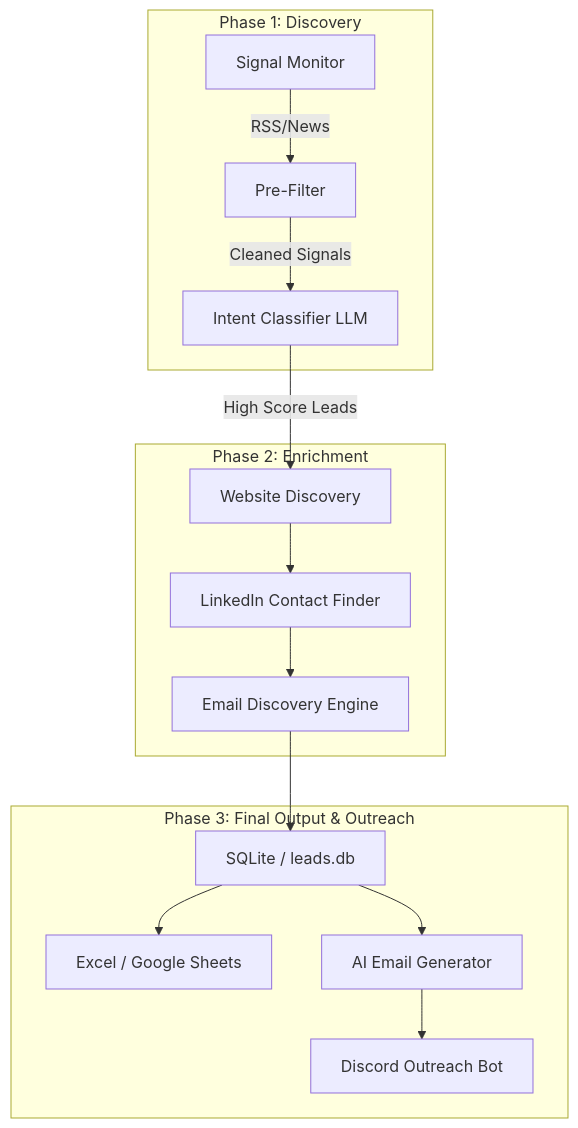
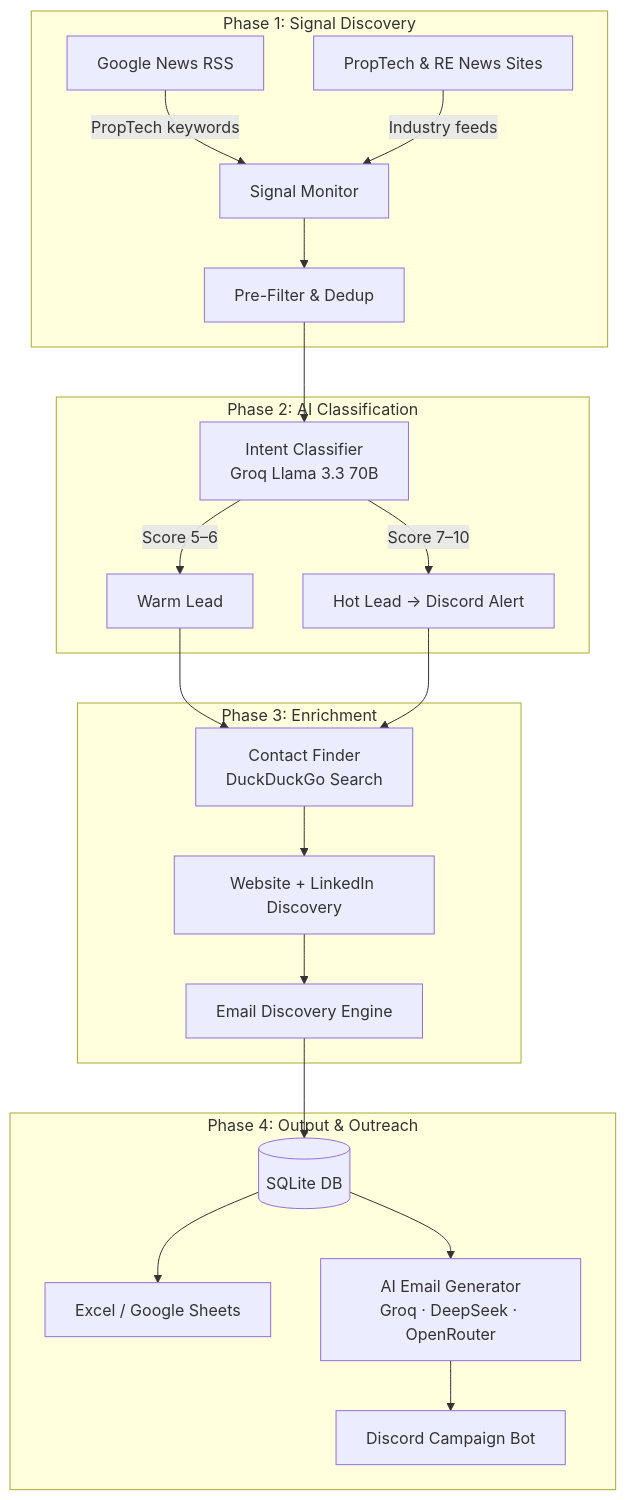
The diagram in README.md (SrijaVuppala295/AI_Lead_Agent), drawn with Mermaid before and after one commit. The commit also changed other lines of this file, not shown here.

````diff
--- a/README.md
+++ b/README.md
@@ -45,21 +36,28 @@
 ```mermaid
 graph TD
-    subgraph "Phase 1: Discovery"
-    A[Signal Monitor] -->|RSS/News| B[Pre-Filter]
-    B -->|Cleaned Signals| C[Intent Classifier LLM]
+    subgraph "Phase 1: Signal Discovery"
+        A[Google News RSS] -->|PropTech keywords| C[Signal Monitor]
+        B[PropTech & RE News Sites] -->|Industry feeds| C
+        C --> D[Pre-Filter & Dedup]
     end
 
-    subgraph "Phase 2: Enrichment"
-    C -->|High Score Leads| D[Website Discovery]
-    D --> E[LinkedIn Contact Finder]
-    E --> F[Email Discovery Engine]
+    subgraph "Phase 2: AI Classification"
+        D --> E[Intent Classifier\nGroq Llama 3.3 70B]
+        E -->|Score 5–6| F[Warm Lead]
+        E -->|Score 7–10| G[Hot Lead → Discord Alert]
     end
 
-    subgraph "Phase 3: Final Output & Outreach"
-    F --> G[SQLite / leads.db]
-    G --> H[Excel / Google Sheets]
-    G --> I[AI Email Generator]
-    I --> J[Discord Outreach Bot]
+    subgraph "Phase 3: Enrichment"
+        F --> H[Contact Finder\nDuckDuckGo Search]
+        G --> H
+        H --> I[Website + LinkedIn Discovery]
+        I --> J[Email Discovery Engine]
     end
 
+    subgraph "Phase 4: Output & Outreach"
+        J --> K[(SQLite DB)]
+        K --> L[Excel / Google Sheets]
+        K --> M[AI Email Generator\nGroq · DeepSeek · OpenRouter]
+        M --> N[Discord Campaign Bot]
+    end
 ```
````
